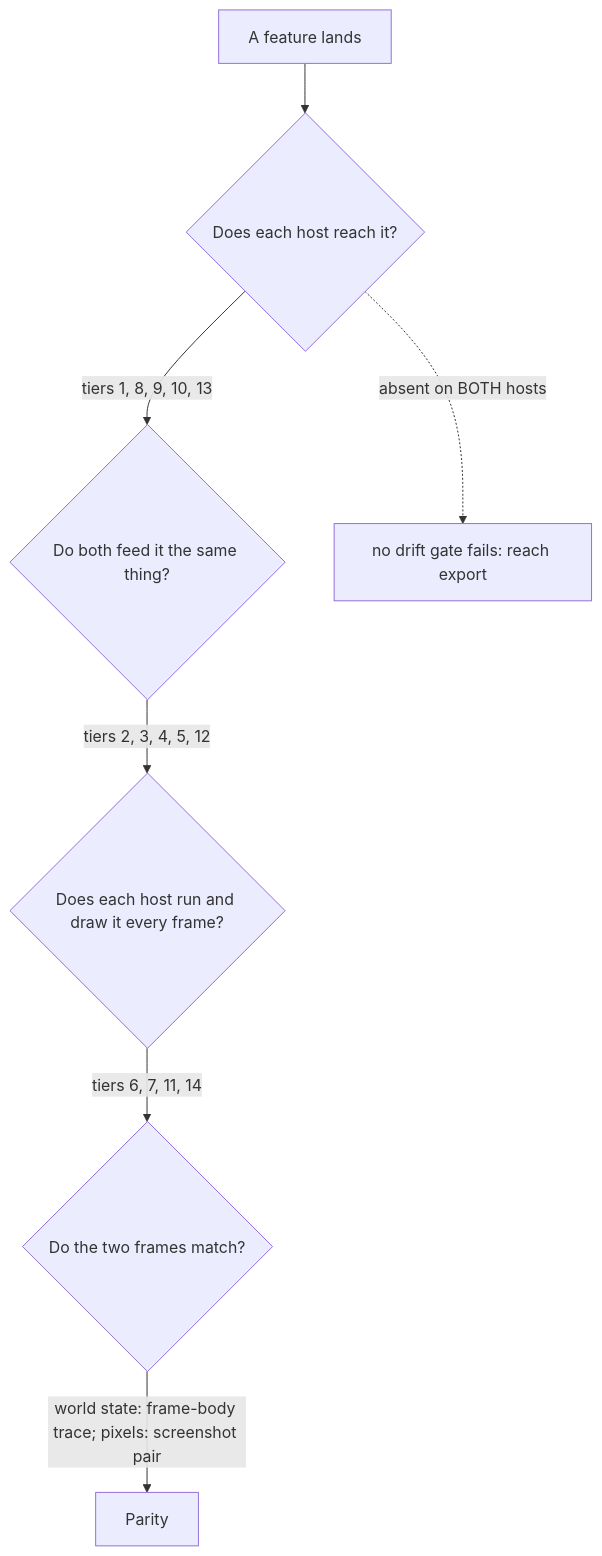
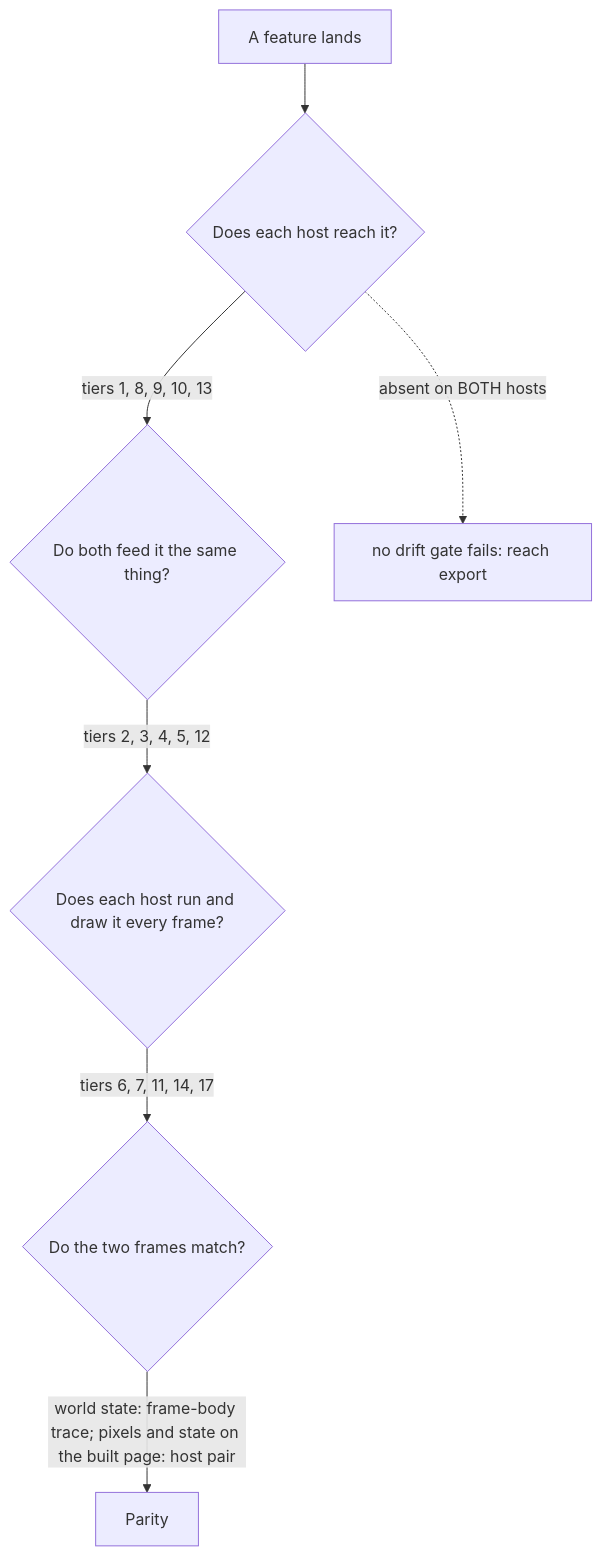
Before and after one commit to AndrewAltimit/legend-of-legaia-re: the diagram in docs/tooling/host-drift.md, drawn with Mermaid. The commit also changed other lines of this file and 461 other files, not shown here.

First line of the commit message:
Gap wave 27: enemy, Seru, camera and sound parity, unwired state, host and desktop fixes (#558)

````diff
--- a/docs/tooling/host-drift.md
+++ b/docs/tooling/host-drift.md
@@ -18,9 +18,9 @@
 ```mermaid
 flowchart TD
     F["A feature lands"] --> Q1{"Does each host reach it?"}
     Q1 -->|"tiers 1, 8, 9, 10, 13"| Q2{"Do both feed it the same thing?"}
     Q2 -->|"tiers 2, 3, 4, 5, 12"| Q3{"Does each host run and draw it every frame?"}
-    Q3 -->|"tiers 6, 7, 11, 14"| Q4{"Do the two frames match?"}
-    Q4 -->|"world state: frame-body trace; pixels: screenshot pair"| OK["Parity"]
+    Q3 -->|"tiers 6, 7, 11, 14, 17"| Q4{"Do the two frames match?"}
+    Q4 -->|"world state: frame-body trace; pixels and state on the built page: host pair"| OK["Parity"]
     Q1 -.->|"absent on BOTH hosts"| R["no drift gate fails: reach export"]
 ```
````
